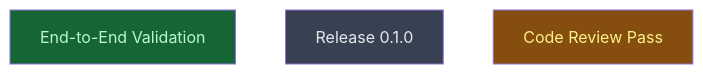
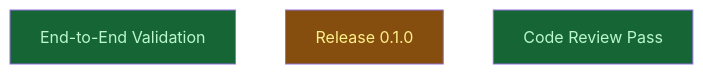
The diagram in __roadmap__/colgrep_mcp/build/tools/integrate/verify/README.md (CrackingShells/colgrep-mcp), drawn with Mermaid before and after one commit. The commit also changed other lines of this file and 1 other file, not shown here.

Commit message:
docs(roadmap): mark code review done, start release

````diff
--- a/__roadmap__/colgrep_mcp/build/tools/integrate/verify/README.md
+++ b/__roadmap__/colgrep_mcp/build/tools/integrate/verify/README.md
@@ -17,11 +17,11 @@
 ```mermaid
 graph TD
     e2e_validation[End-to-End Validation]:::done
-    release_0_1_0[Release 0.1.0]:::planned
-    code_review[Code Review Pass]:::inprogress
+    release_0_1_0[Release 0.1.0]:::inprogress
+    code_review[Code Review Pass]:::done
     classDef done       fill:#166534,color:#bbf7d0
     classDef inprogress fill:#854d0e,color:#fef08a
     classDef planned    fill:#374151,color:#e5e7eb
     classDef amendment  fill:#1e3a5f,color:#bfdbfe
     classDef blocked    fill:#7f1d1d,color:#fecaca
 ```
````
